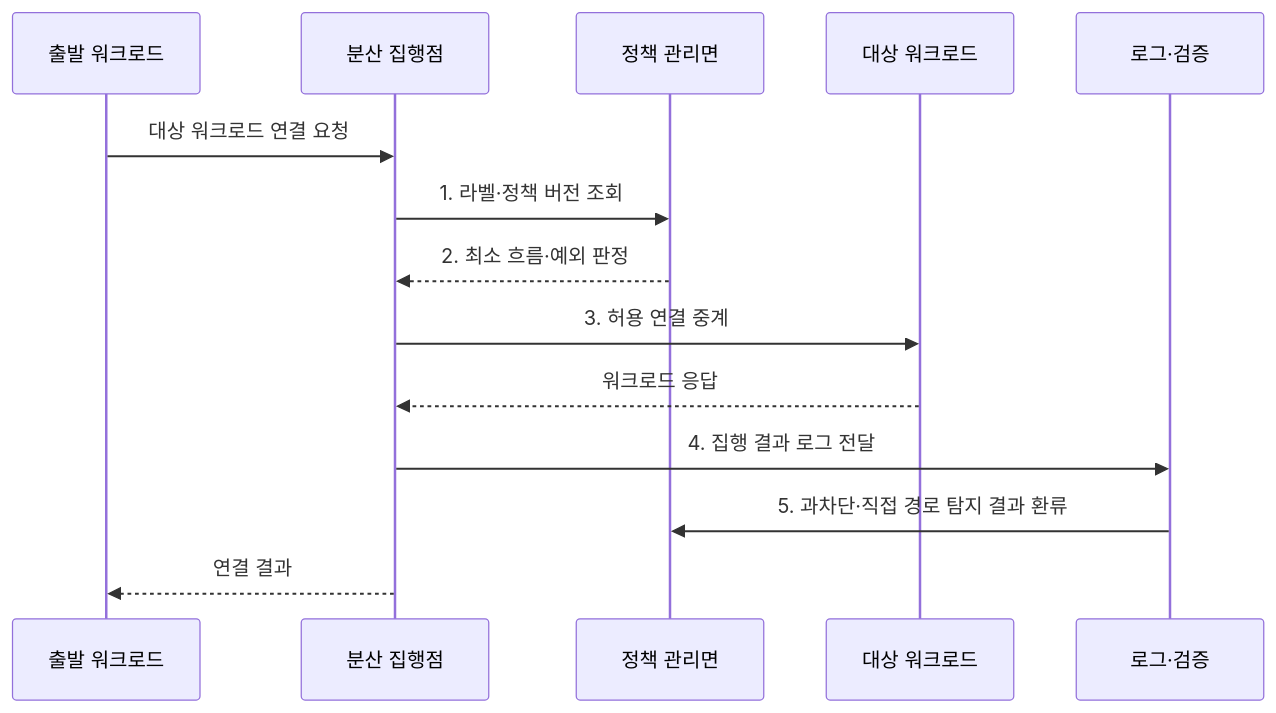
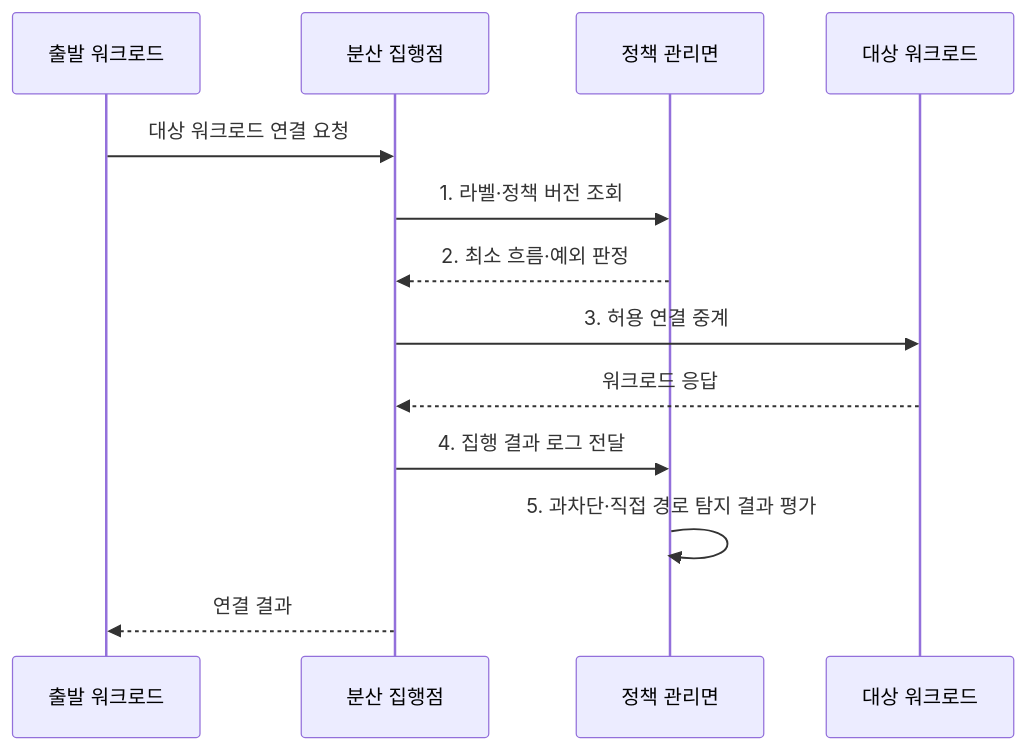
The second of 2 diagrams in src/content/docs/notes/05-security/065_micro_segmentation.md (agnusdei1207/knowledge-base), drawn with Mermaid before and after one commit. The commit also changed other lines of this file and 8 other files, not shown here.

Commit message:
Consolidate access control sequence roles

````diff
--- a/src/content/docs/notes/05-security/065_micro_segmentation.md
+++ b/src/content/docs/notes/05-security/065_micro_segmentation.md
@@ -97,16 +97,15 @@
 ```mermaid
 sequenceDiagram
     participant S as 출발 워크로드
     participant E as 분산 집행점
     participant P as 정책 관리면
     participant D as 대상 워크로드
-    participant L as 로그·검증
     S->>E: 대상 워크로드 연결 요청
     E->>P: 1. 라벨·정책 버전 조회
     P-->>E: 2. 최소 흐름·예외 판정
     E->>D: 3. 허용 연결 중계
     D-->>E: 워크로드 응답
-    E->>L: 4. 집행 결과 로그 전달
-    L->>P: 5. 과차단·직접 경로 탐지 결과 환류
+    E->>P: 4. 집행 결과 로그 전달
+    P->>P: 5. 과차단·직접 경로 탐지 결과 평가
     E-->>S: 연결 결과
 ```
````
